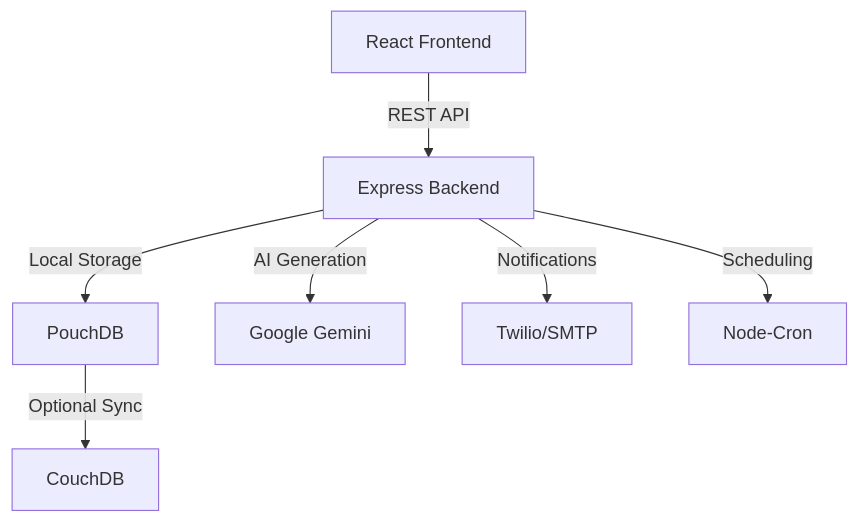
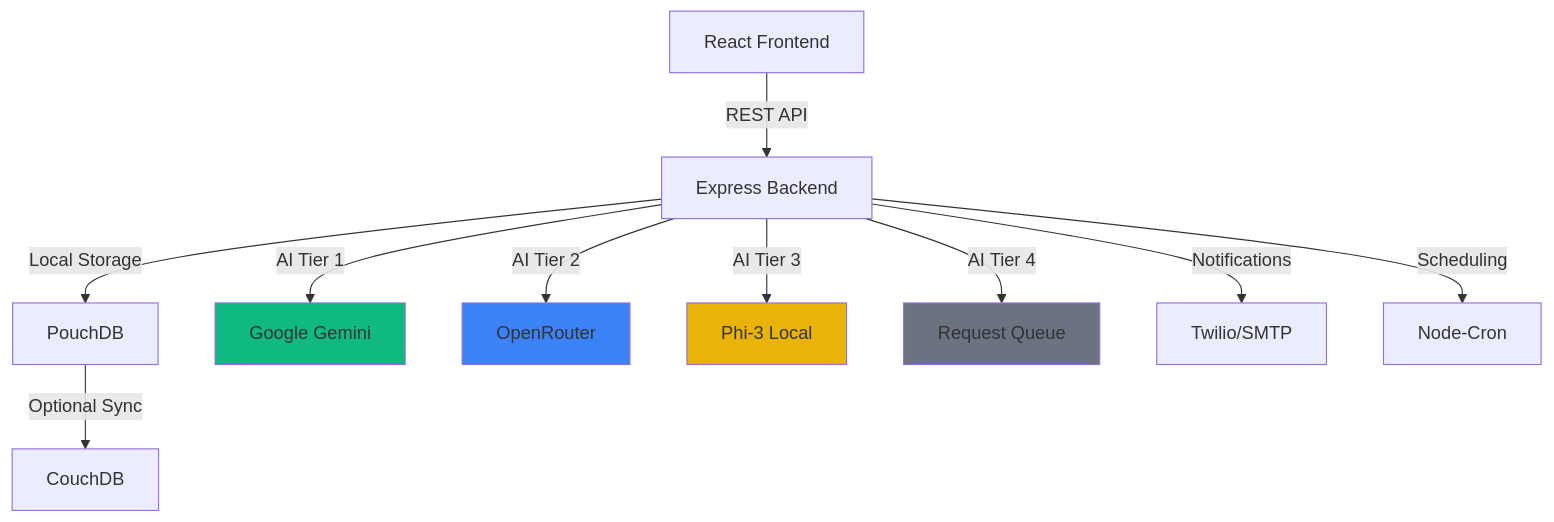
The diagram in README.md (MfFischer/taktak_automation_system), drawn with Mermaid before and after one commit. The commit also changed other lines of this file and 8 other files, not shown here.

First line of the commit message:
feat: add OpenRouter integration with 4-tier AI fallback

````diff
--- a/README.md
+++ b/README.md
@@ -120,9 +224,17 @@
 ```mermaid
 graph TB
     A[React Frontend] -->|REST API| B[Express Backend]
     B -->|Local Storage| C[PouchDB]
     C -->|Optional Sync| D[CouchDB]
-    B -->|AI Generation| E[Google Gemini]
-    B -->|Notifications| F[Twilio/SMTP]
-    B -->|Scheduling| G[Node-Cron]
+    B -->|AI Tier 1| E[Google Gemini]
+    B -->|AI Tier 2| F[OpenRouter]
+    B -->|AI Tier 3| G[Phi-3 Local]
+    B -->|AI Tier 4| H[Request Queue]
+    B -->|Notifications| I[Twilio/SMTP]
+    B -->|Scheduling| J[Node-Cron]
+
+    style E fill:#10b981
+    style F fill:#3b82f6
+    style G fill:#eab308
+    style H fill:#6b7280
 ```
````
